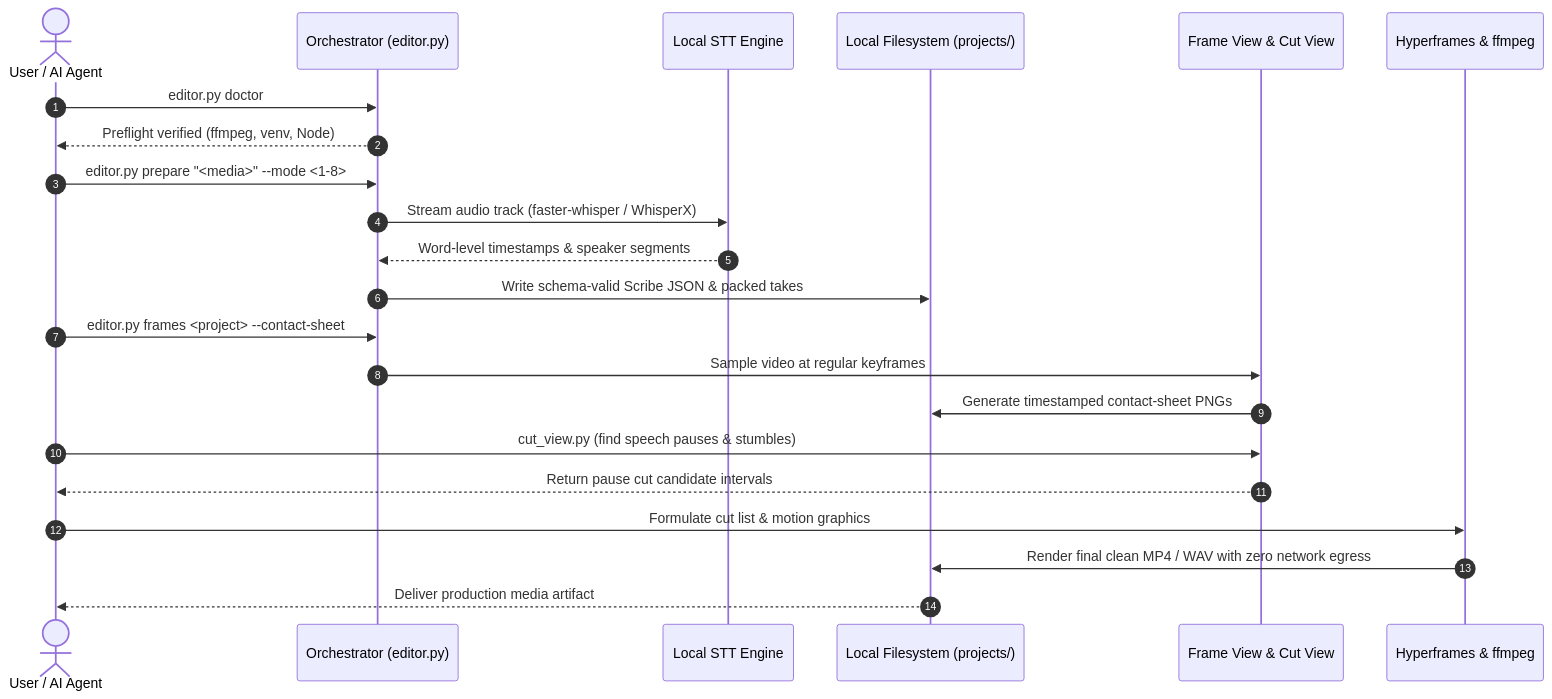
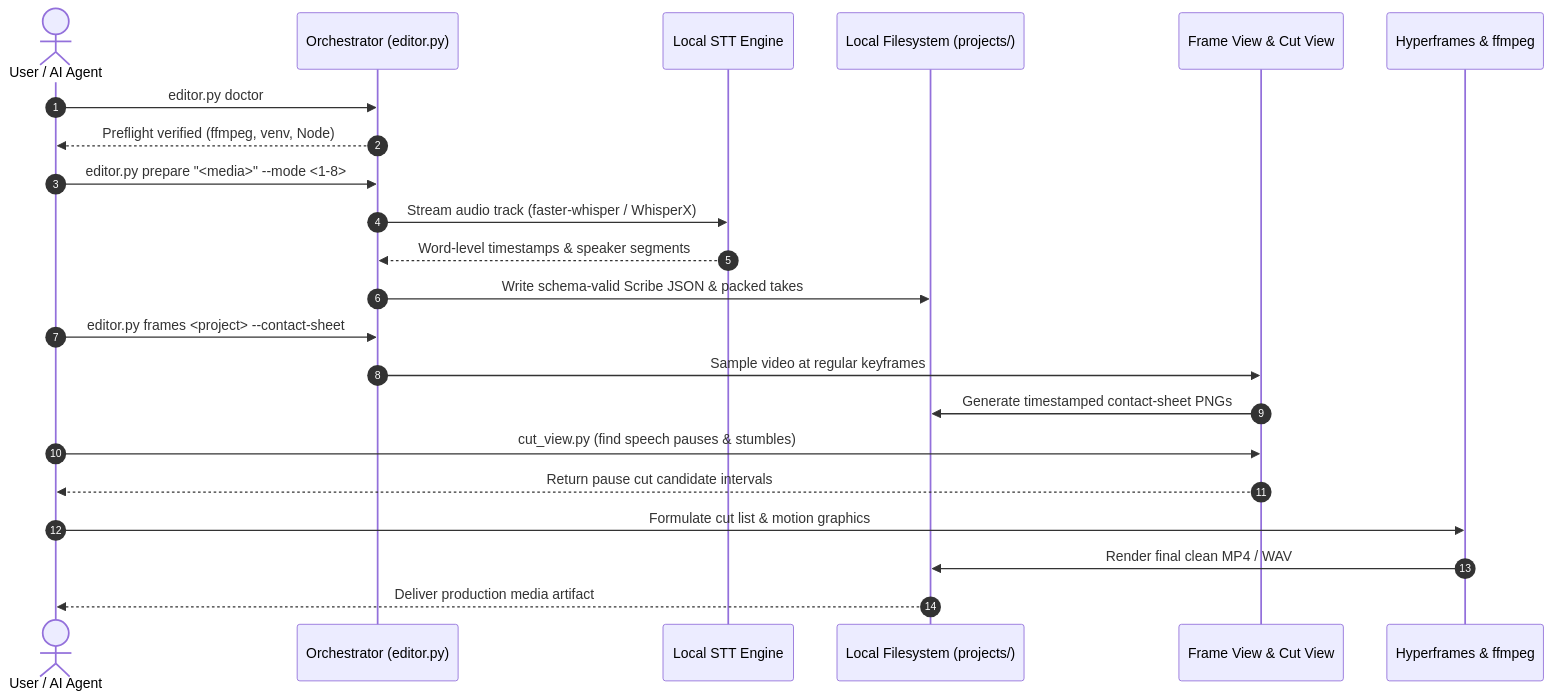
One commit to ellmos-ai/ai-media-editor changed the second of 2 diagrams in README.md. Above: the diagram before and after it, drawn with Mermaid. The commit also changed other lines of this file and 13 other files, not shown here.

````diff
--- a/README.md
+++ b/README.md
@@ -117,25 +117,25 @@
 ```mermaid
 sequenceDiagram
     autonumber
     actor Dev as User / AI Agent
     participant Orch as Orchestrator (editor.py)
     participant STT as Local STT Engine
     participant FS as Local Filesystem (projects/)
     participant Visual as Frame View & Cut View
     participant Render as Hyperframes & ffmpeg
 
     Dev->>Orch: editor.py doctor
     Orch-->>Dev: Preflight verified (ffmpeg, venv, Node)
     Dev->>Orch: editor.py prepare "<media>" --mode <1-8>
     Orch->>STT: Stream audio track (faster-whisper / WhisperX)
     STT-->>Orch: Word-level timestamps & speaker segments
     Orch->>FS: Write schema-valid Scribe JSON & packed takes
     Dev->>Orch: editor.py frames <project> --contact-sheet
     Orch->>Visual: Sample video at regular keyframes
     Visual->>FS: Generate timestamped contact-sheet PNGs
     Dev->>Visual: cut_view.py (find speech pauses & stumbles)
     Visual-->>Dev: Return pause cut candidate intervals
     Dev->>Render: Formulate cut list & motion graphics
-    Render->>FS: Render final clean MP4 / WAV with zero network egress
+    Render->>FS: Render final clean MP4 / WAV
     FS-->>Dev: Deliver production media artifact
 ```
````
